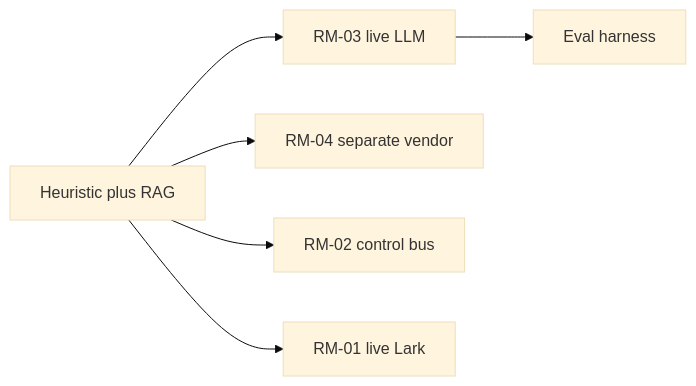
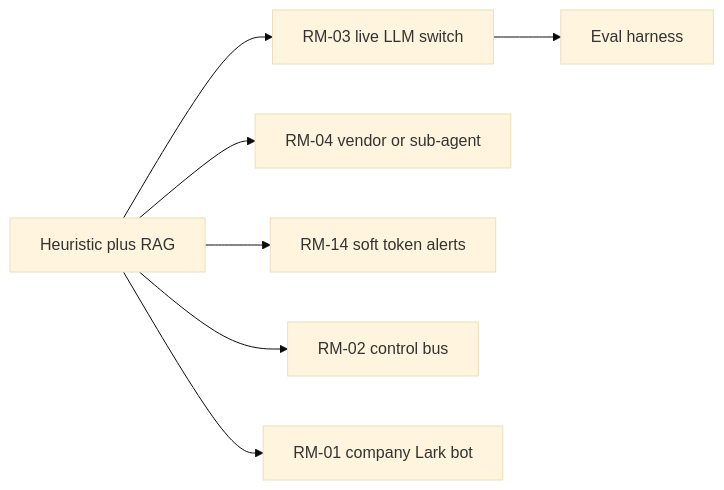
Diagram 11 of 14 in platform/docs/AI_USE.md (hxyan2020/PRD), drawn with Mermaid (base theme) before and after one commit. The commit also changed other lines of this file and 22 other files, not shown here.

````diff
--- a/platform/docs/AI_USE.md
+++ b/platform/docs/AI_USE.md
@@ -321,8 +323,9 @@
 ```mermaid
 graph LR
-  Today[Heuristic plus RAG] --> Llm[RM-03 live LLM]
+  Today[Heuristic plus RAG] --> Llm[RM-03 live LLM switch]
   Llm --> Eval[Eval harness]
-  Today --> Chal[RM-04 separate vendor]
+  Today --> Chal[RM-04 vendor or sub-agent]
+  Today --> Soft[RM-14 soft token alerts]
   Today --> Bus[RM-02 control bus]
-  Today --> Lark[RM-01 live Lark]
+  Today --> Lark[RM-01 company Lark bot]
 ```
````
